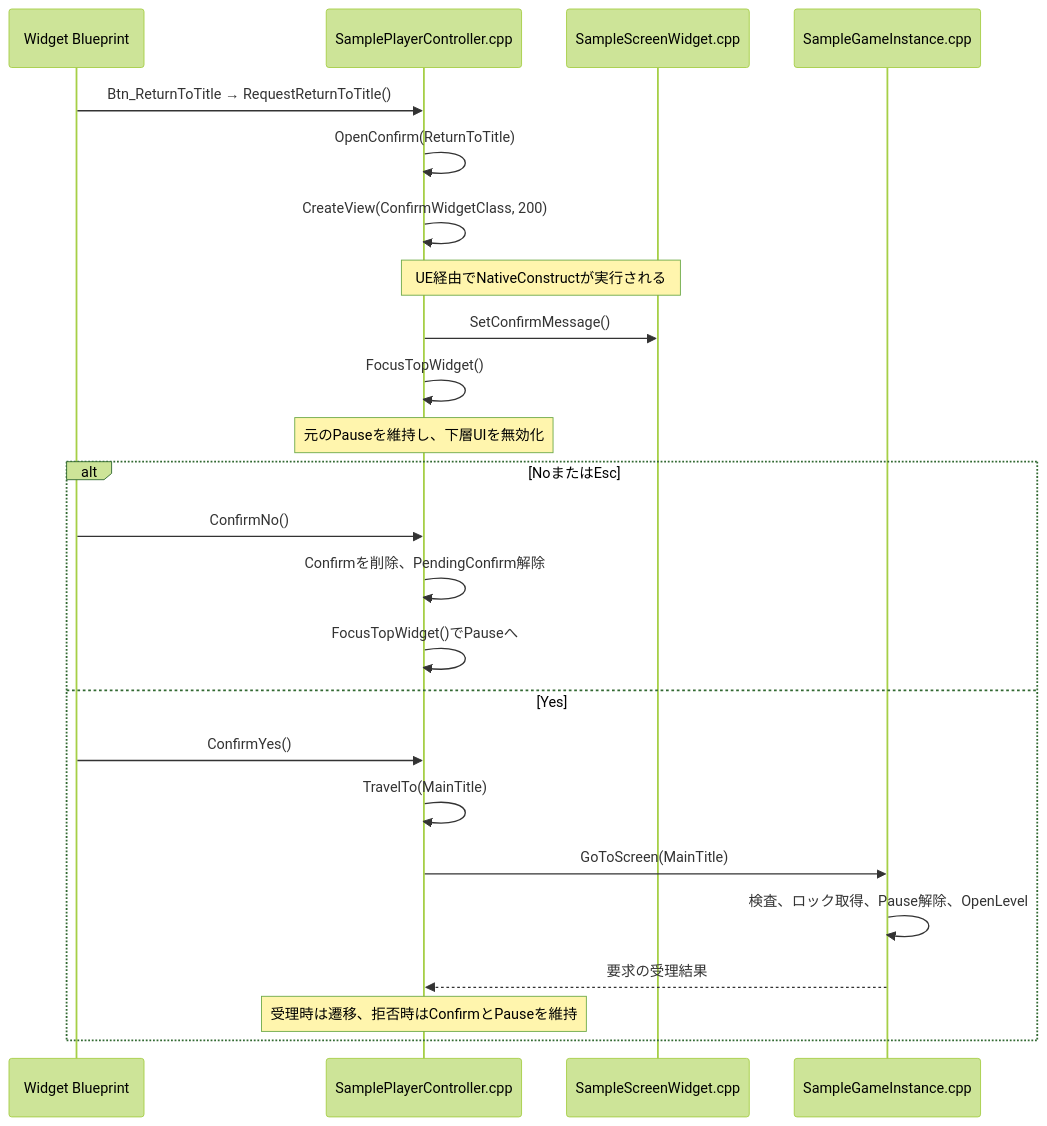
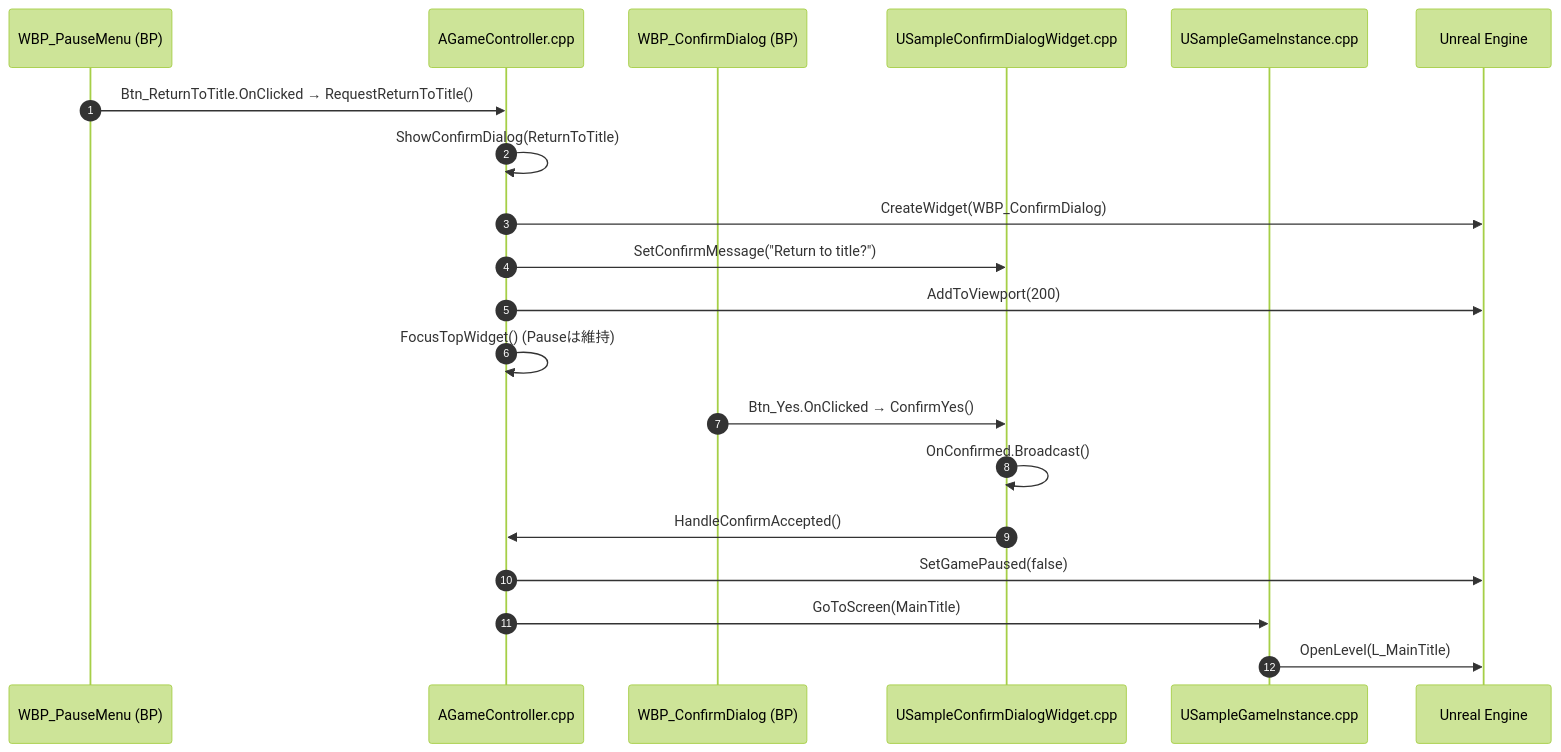
Before and after one commit to mrtksHub/codex_ue_sample_cpp: the fifth of 5 diagrams in docs/CALL_FLOW.md, drawn with Mermaid (forest theme). The commit also changed other lines of this file, not shown here.

Commit message:
Rewrite CALL_FLOW for exact per-screen controllers and Blueprint event wiring

````diff
--- a/docs/CALL_FLOW.md
+++ b/docs/CALL_FLOW.md
@@ -156,26 +148,22 @@
 ```mermaid
 sequenceDiagram
-    participant BP as Widget Blueprint
-    participant PC as SamplePlayerController.cpp
-    participant W as SampleScreenWidget.cpp
-    participant GI as SampleGameInstance.cpp
-    BP->>PC: Btn_ReturnToTitle → RequestReturnToTitle()
-    PC->>PC: OpenConfirm(ReturnToTitle)
-    PC->>PC: CreateView(ConfirmWidgetClass, 200)
-    Note over PC,W: UE経由でNativeConstructが実行される
-    PC->>W: SetConfirmMessage()
-    PC->>PC: FocusTopWidget()
-    Note over PC: 元のPauseを維持し、下層UIを無効化
-    alt NoまたはEsc
-        BP->>PC: ConfirmNo()
-        PC->>PC: Confirmを削除、PendingConfirm解除
-        PC->>PC: FocusTopWidget()でPauseへ
-    else Yes
-        BP->>PC: ConfirmYes()
-        PC->>PC: TravelTo(MainTitle)
-        PC->>GI: GoToScreen(MainTitle)
-        GI->>GI: 検査、ロック取得、Pause解除、OpenLevel
-        GI-->>PC: 要求の受理結果
-        Note over PC: 受理時は遷移、拒否時はConfirmとPauseを維持
-    end
+    autonumber
+    participant Pause as WBP_PauseMenu (BP)
+    participant PC as AGameController.cpp
+    participant Dialog as WBP_ConfirmDialog (BP)
+    participant Native as USampleConfirmDialogWidget.cpp
+    participant GI as USampleGameInstance.cpp
+    participant UE as Unreal Engine
+    Pause->>PC: Btn_ReturnToTitle.OnClicked → RequestReturnToTitle()
+    PC->>PC: ShowConfirmDialog(ReturnToTitle)
+    PC->>UE: CreateWidget(WBP_ConfirmDialog)
+    PC->>Native: SetConfirmMessage("Return to title?")
+    PC->>UE: AddToViewport(200)
+    PC->>PC: FocusTopWidget() (Pauseは維持)
+    Dialog->>Native: Btn_Yes.OnClicked → ConfirmYes()
+    Native->>Native: OnConfirmed.Broadcast()
+    Native->>PC: HandleConfirmAccepted()
+    PC->>UE: SetGamePaused(false)
+    PC->>GI: GoToScreen(MainTitle)
+    GI->>UE: OpenLevel(L_MainTitle)
 ```
````
